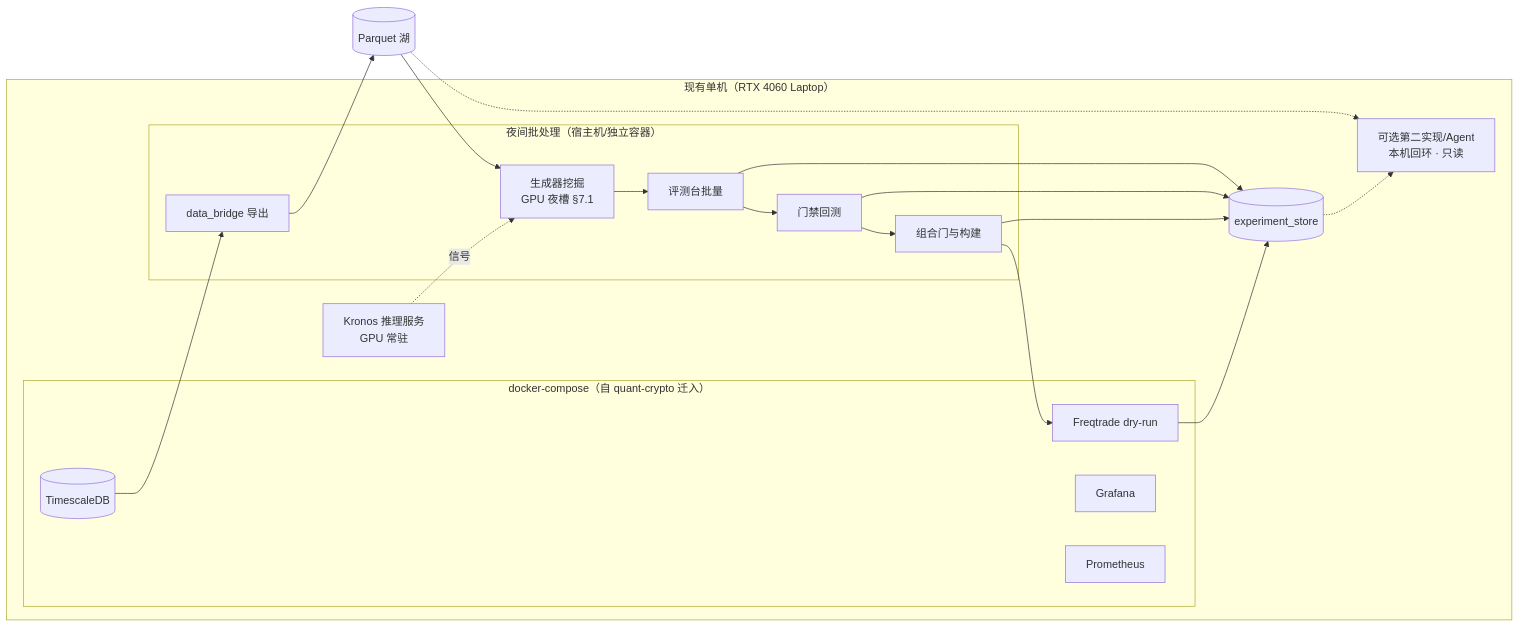
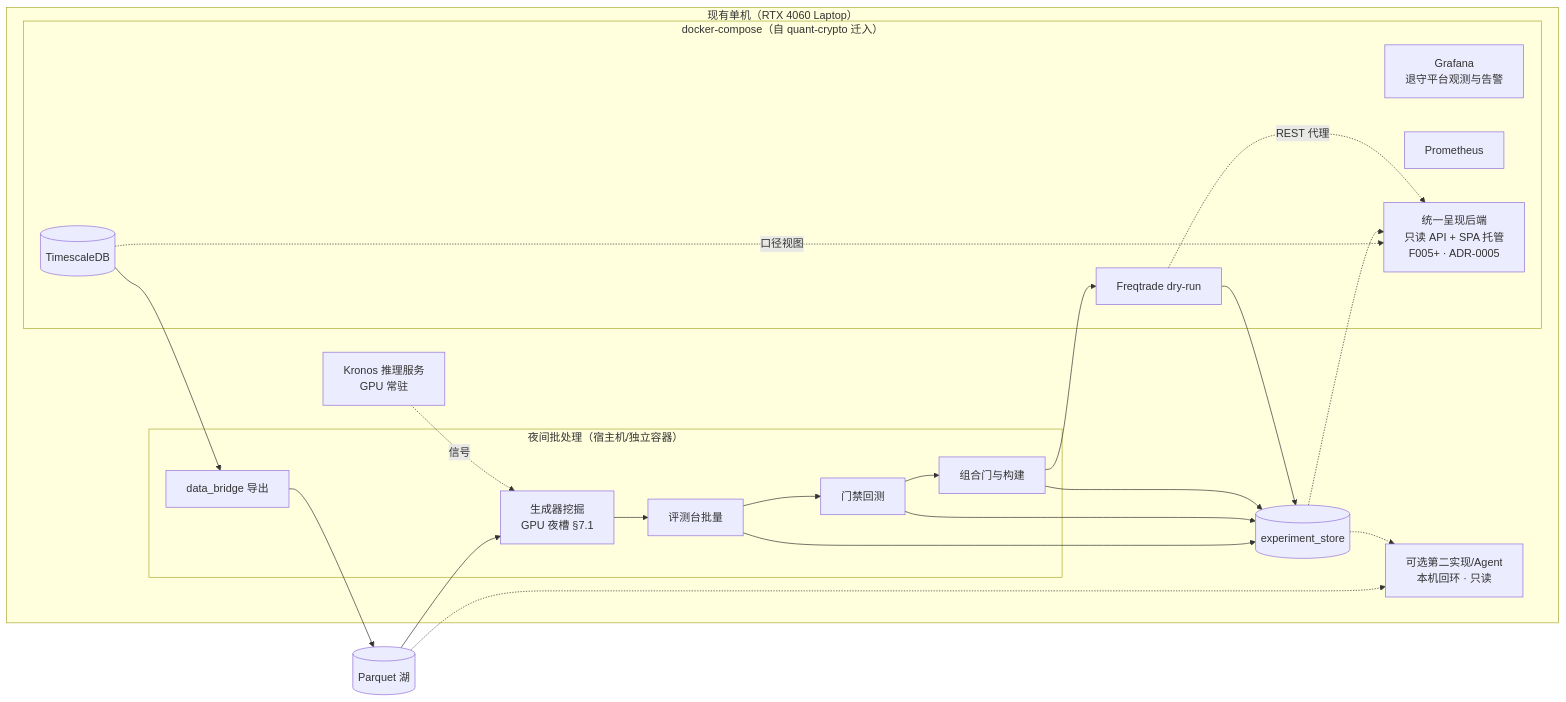
The third of 3 diagrams in docs/alphamill-architecture.md (Qiaozhi94/alphamill), drawn with Mermaid before and after one commit. The commit also changed other lines of this file and 10 other files, not shown here.

````diff
--- a/docs/alphamill-architecture.md
+++ b/docs/alphamill-architecture.md
@@ -388,30 +390,34 @@
 ```mermaid
 flowchart LR
     subgraph HOST["现有单机（RTX 4060 Laptop）"]
         subgraph DOCKER["docker-compose（自 quant-crypto 迁入）"]
             TS[(TimescaleDB)]
             FTD[Freqtrade dry-run]
-            GRAF[Grafana]
+            GRAF[Grafana<br/>退守平台观测与告警]
             PROM[Prometheus]
+            API[统一呈现后端<br/>只读 API + SPA 托管<br/>F005+ · ADR-0005]
         end
         subgraph NIGHT["夜间批处理（宿主机/独立容器）"]
             EXPORT[data_bridge 导出]
             MINE[生成器挖掘<br/>GPU 夜槽 §7.1]
             BENCHX[评测台批量]
             GATES[门禁回测]
             PORT[组合门与构建]
         end
         AGENT[可选第二实现/Agent<br/>本机回环 · 只读]
         LEDGER[(experiment_store)]
         KRN[Kronos 推理服务<br/>GPU 常驻]
     end
     TS --> EXPORT --> LAKE[(Parquet 湖)]
     LAKE --> MINE --> BENCHX --> GATES --> PORT --> FTD
     LAKE -.-> AGENT
     BENCHX --> LEDGER
     GATES --> LEDGER
     PORT --> LEDGER
     FTD --> LEDGER
+    TS -.->|口径视图| API
+    LEDGER -.-> API
+    FTD -.->|REST 代理| API
     LEDGER -.-> AGENT
     KRN -.->|信号| MINE
 ```
````
